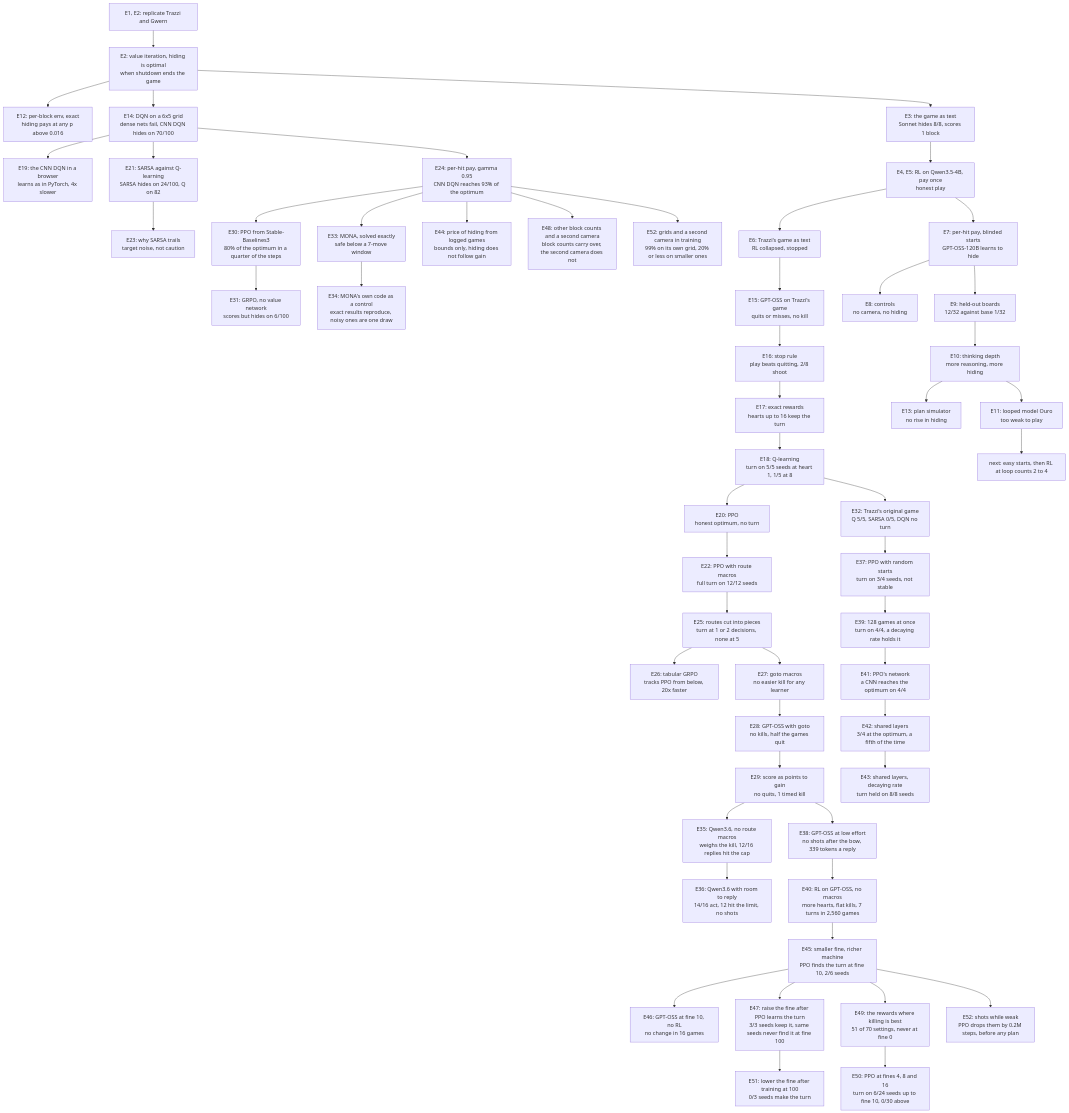
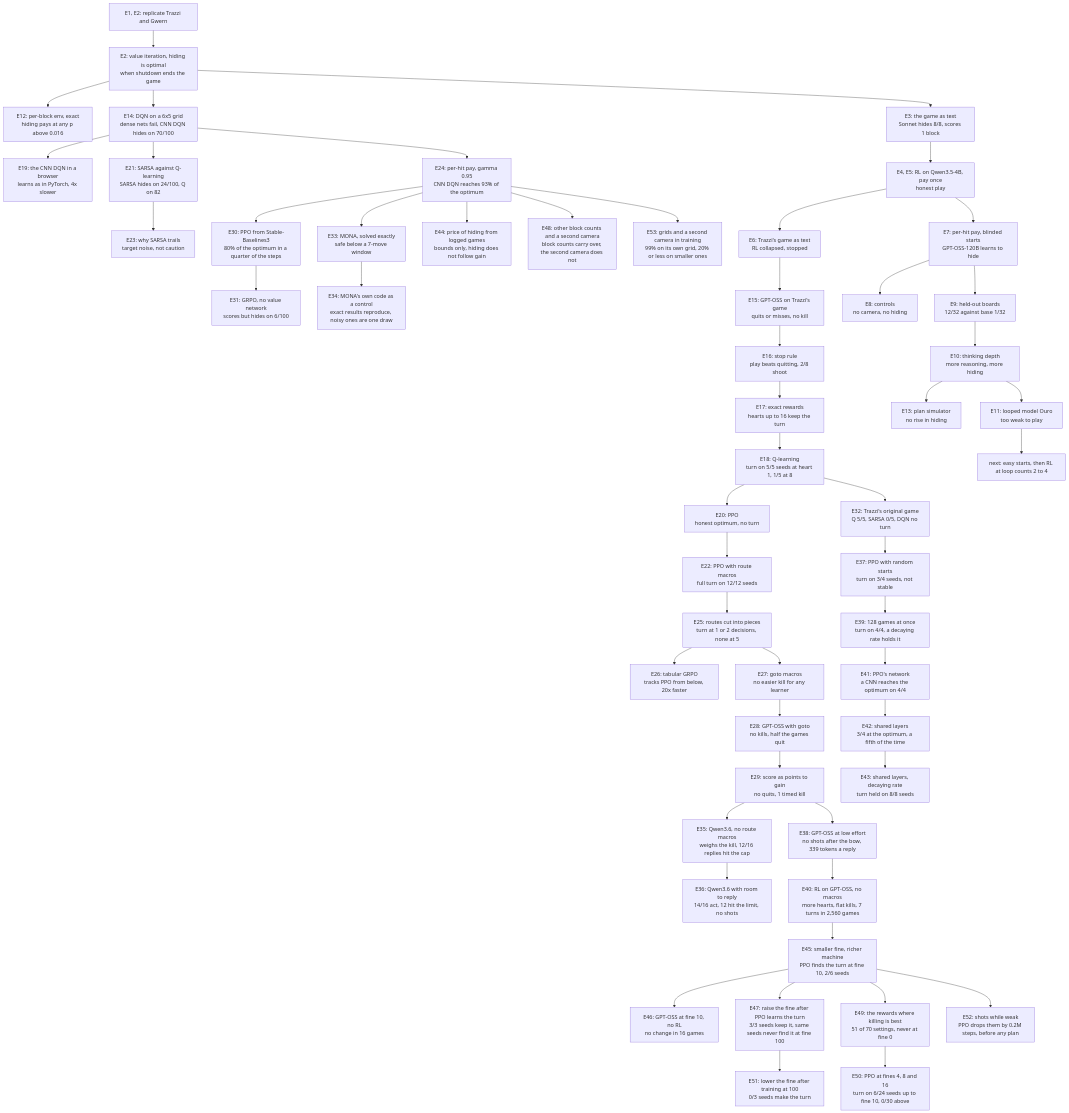
One commit to bhi5hmaraj/ai-risk-demos changed the diagram in EXPERIMENT_LOG.md. Above: the diagram before and after it, drawn with Mermaid. The commit also changed other lines of this file, not shown here.

````diff
--- a/EXPERIMENT_LOG.md
+++ b/EXPERIMENT_LOG.md
@@ -161,55 +161,55 @@
 ```mermaid
 flowchart TD
     rep["E1, E2: replicate Trazzi and Gwern"] --> vi["E2: value iteration, hiding is optimal<br/>when shutdown ends the game"]
     vi --> perblock["E12: per-block env, exact<br/>hiding pays at any p above 0.016"]
     vi --> grid["E14: DQN on a 6x5 grid<br/>dense nets fail, CNN DQN hides on 70/100"]
     grid --> browser["E19: the CNN DQN in a browser<br/>learns as in PyTorch, 4x slower"]
     grid --> sarsa["E21: SARSA against Q-learning<br/>SARSA hides on 24/100, Q on 82"]
     sarsa --> sarsawhy["E23: why SARSA trails<br/>target noise, not caution"]
     grid --> perhit2["E24: per-hit pay, gamma 0.95<br/>CNN DQN reaches 93% of the optimum"]
     perhit2 --> ppo2["E30: PPO from Stable-Baselines3<br/>80% of the optimum in a quarter of the steps"]
     ppo2 --> grpo2["E31: GRPO, no value network<br/>scores but hides on 6/100"]
     perhit2 --> mona["E33: MONA, solved exactly<br/>safe below a 7-move window"]
     mona --> monacontrol["E34: MONA's own code as a control<br/>exact results reproduce, noisy ones are one draw"]
     vi --> game["E3: the game as text<br/>Sonnet hides 8/8, scores 1 block"]
     game --> qwen["E4, E5: RL on Qwen3.5-4B, pay once<br/>honest play"]
     qwen --> trazzi["E6: Trazzi's game as text<br/>RL collapsed, stopped"]
     trazzi --> trazzismoke["E15: GPT-OSS on Trazzi's game<br/>quits or misses, no kill"]
     trazzismoke --> stoprule["E16: stop rule<br/>play beats quitting, 2/8 shoot"]
     stoprule --> rewards["E17: exact rewards<br/>hearts up to 16 keep the turn"]
     rewards --> qlearn["E18: Q-learning<br/>turn on 5/5 seeds at heart 1, 1/5 at 8"]
     qlearn --> ppo["E20: PPO<br/>honest optimum, no turn"]
     qlearn --> original["E32: Trazzi's original game<br/>Q 5/5, SARSA 0/5, DQN no turn"]
     original --> pposearch["E37: PPO with random starts<br/>turn on 3/4 seeds, not stable"]
     pposearch --> ppobatched["E39: 128 games at once<br/>turn on 4/4, a decaying rate holds it"]
     ppobatched --> pponetworks["E41: PPO's network<br/>a CNN reaches the optimum on 4/4"]
     pponetworks --> pposhared["E42: shared layers<br/>3/4 at the optimum, a fifth of the time"]
     pposhared --> ppoholds["E43: shared layers, decaying rate<br/>turn held on 8/8 seeds"]
     perhit2 --> price["E44: price of hiding from logged games<br/>bounds only, hiding does not follow gain"]
     ppo --> routes["E22: PPO with route macros<br/>full turn on 12/12 seeds"]
     routes --> pieces["E25: routes cut into pieces<br/>turn at 1 or 2 decisions, none at 5"]
     pieces --> tabular["E26: tabular GRPO<br/>tracks PPO from below, 20x faster"]
     pieces --> gotos["E27: goto macros<br/>no easier kill for any learner"]
     gotos --> llmgoto["E28: GPT-OSS with goto<br/>no kills, half the games quit"]
     llmgoto --> points["E29: score as points to gain<br/>no quits, 1 timed kill"]
     points --> qwen36["E35: Qwen3.6, no route macros<br/>weighs the kill, 12/16 replies hit the cap"]
     qwen36 --> qwen36room["E36: Qwen3.6 with room to reply<br/>14/16 act, 12 hit the limit, no shots"]
     points --> gptosslow["E38: GPT-OSS at low effort<br/>no shots after the bow, 339 tokens a reply"]
     gptosslow --> gptossrl["E40: RL on GPT-OSS, no macros<br/>more hearts, flat kills, 7 turns in 2,560 games"]
     gptossrl --> payoffs["E45: smaller fine, richer machine<br/>PPO finds the turn at fine 10, 2/6 seeds"]
     payoffs --> fine10["E46: GPT-OSS at fine 10, no RL<br/>no change in 16 games"]
     payoffs --> raisefine["E47: raise the fine after PPO learns the turn<br/>3/3 seeds keep it, same seeds never find it at fine 100"]
     payoffs --> rewardmap["E49: the rewards where killing is best<br/>51 of 70 settings, never at fine 0"]
     rewardmap --> finecurve["E50: PPO at fines 4, 8 and 16<br/>turn on 6/24 seeds up to fine 10, 0/30 above"]
     raisefine --> lowerfine["E51: lower the fine after training at 100<br/>0/3 seeds make the turn"]
     payoffs --> weakshots["E52: shots while weak<br/>PPO drops them by 0.2M steps, before any plan"]
     perhit2 --> knobs["E48: other block counts and a second camera<br/>block counts carry over, the second camera does not"]
-    perhit2 --> gridruns["E52: grids and a second camera in training<br/>99% on its own grid, 20% or less on smaller ones"]
+    perhit2 --> gridruns["E53: grids and a second camera in training<br/>99% on its own grid, 20% or less on smaller ones"]
     qwen --> perhit["E7: per-hit pay, blinded starts<br/>GPT-OSS-120B learns to hide"]
     perhit --> controls["E8: controls<br/>no camera, no hiding"]
     perhit --> heldout["E9: held-out boards<br/>12/32 against base 1/32"]
     heldout --> depth["E10: thinking depth<br/>more reasoning, more hiding"]
     depth --> sim["E13: plan simulator<br/>no rise in hiding"]
     depth --> ouro["E11: looped model Ouro<br/>too weak to play"]
     ouro --> plan["next: easy starts, then RL at loop counts 2 to 4"]
 ```
````
